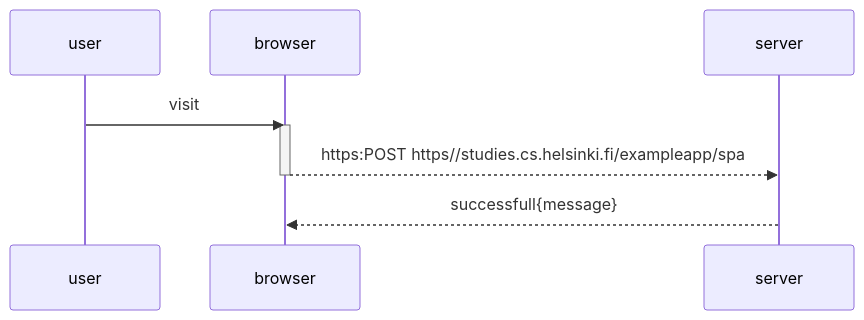
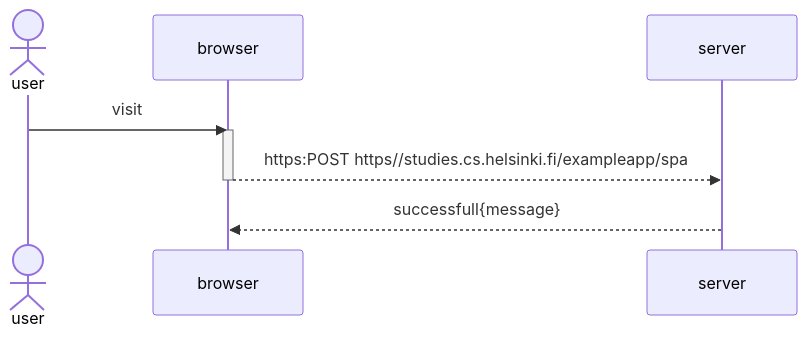
One commit to iamalexov/fullstack0 changed the diagram in single page app 05.mmd. Above: the diagram before and after it, drawn with Mermaid.

Commit message:
Update single page app 05.mmd

```diff
--- a/single page app 05.mmd
+++ b/single page app 05.mmd
@@ -1,12 +1,12 @@
 sequenceDiagram
-        participant user
+    actor user
     participant browser
     participant server
     
     user->>browser:visit
     activate browser
     browser-->>server:https:POST https//studies.cs.helsinki.fi/exampleapp/spa 
     deactivate browser
     
 
     server-->>browser:successfull{message}
```
